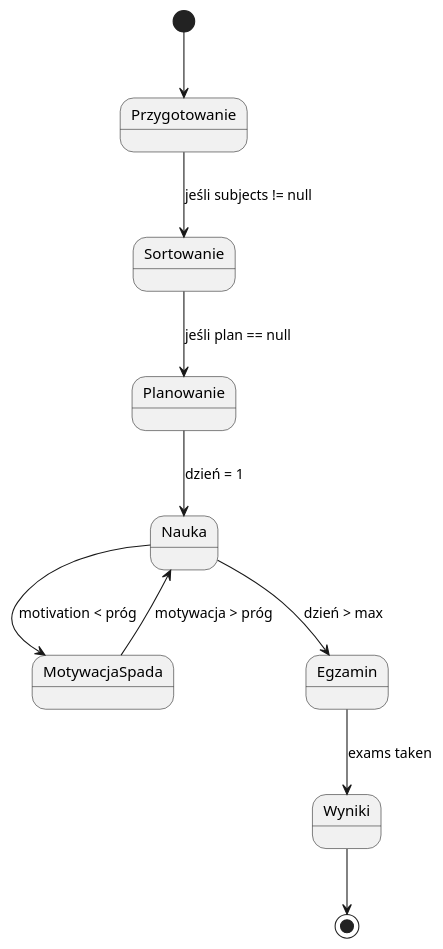
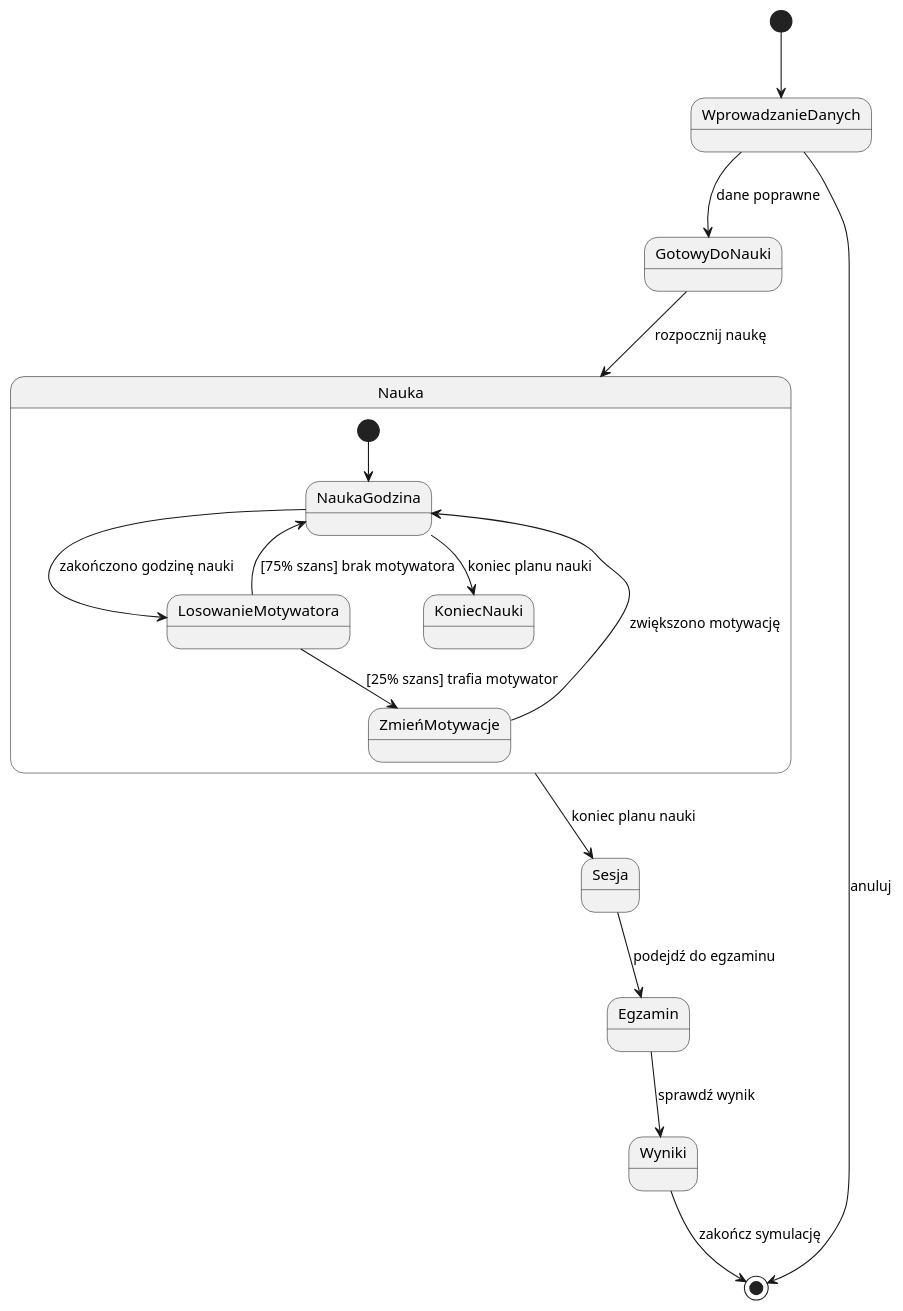
One commit to Krzyzak321/Symulator_Sesji changed the diagram in uml/Maszyna stanow.puml. Above: the diagram before and after it, drawn with PlantUML. The commit also changed 12 other files, not shown here.

Commit message:
zmieniony uml usunięte nie używane rzeczy

```diff
--- a/uml/Maszyna stanow.puml
+++ b/uml/Maszyna stanow.puml
@@ -1,16 +1,23 @@
 @startuml
+[*] --> WprowadzanieDanych
 
-[*] --> Przygotowanie
+WprowadzanieDanych --> GotowyDoNauki : dane poprawne
+WprowadzanieDanych --> [*] : anuluj
 
-Przygotowanie --> Sortowanie : jeśli subjects != null
-Sortowanie --> Planowanie : jeśli plan == null
-Planowanie --> Nauka : dzień = 1
+GotowyDoNauki --> Nauka : rozpocznij naukę
 
-Nauka --> MotywacjaSpada : motivation < próg
-MotywacjaSpada --> Nauka : motywacja > próg
+state Nauka {
+    [*] --> NaukaGodzina
+    NaukaGodzina --> LosowanieMotywatora : zakończono godzinę nauki
+    LosowanieMotywatora --> ZmieńMotywacje : [25% szans] trafia motywator
+    LosowanieMotywatora --> NaukaGodzina : [75% szans] brak motywatora
+    ZmieńMotywacje --> NaukaGodzina : zwiększono motywację
+    NaukaGodzina --> KoniecNauki : koniec planu nauki
+}
 
-Nauka --> Egzamin : dzień > max
-Egzamin --> Wyniki : exams taken
-Wyniki --> [*]
+Nauka --> Sesja : koniec planu nauki
+Sesja --> Egzamin : podejdź do egzaminu
+Egzamin --> Wyniki : sprawdź wynik
+Wyniki --> [*] : zakończ symulację
 
 @enduml
```
